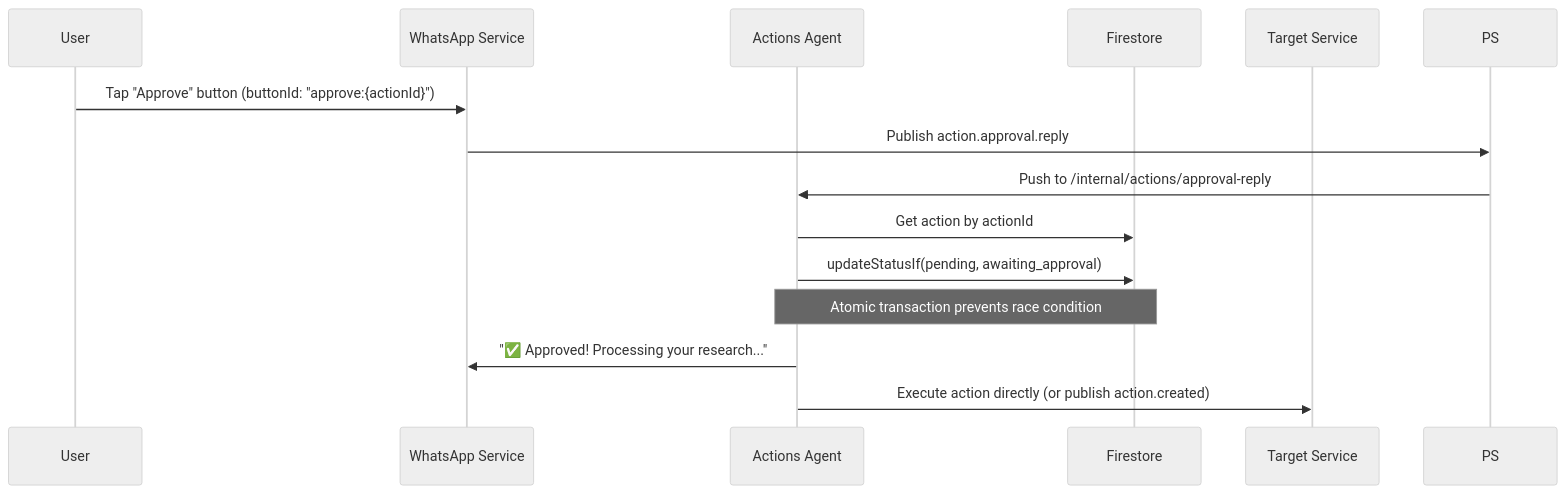
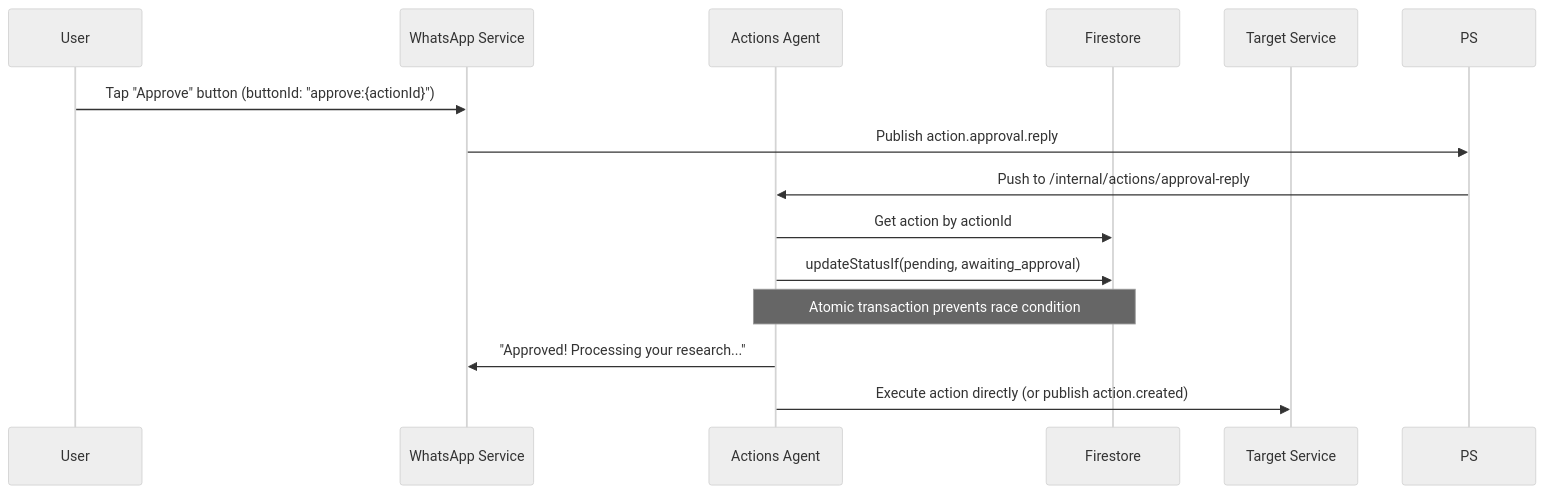
Before and after one commit to pbuchman/intexuraos: the third of 3 diagrams in docs/services/actions-agent/technical.md, drawn with Mermaid (neutral theme). The commit also changed other lines of this file and 102 other files, not shown here.

````diff
--- a/docs/services/actions-agent/technical.md
+++ b/docs/services/actions-agent/technical.md
@@ -99,17 +98,17 @@
 ```mermaid
 sequenceDiagram
     participant User
     participant WA as WhatsApp Service
     participant AA as Actions Agent
     participant FS as Firestore
     participant Target as Target Service
 
     User->>WA: Tap "Approve" button (buttonId: "approve:{actionId}")
     WA->>PS: Publish action.approval.reply
     PS->>AA: Push to /internal/actions/approval-reply
     AA->>FS: Get action by actionId
     AA->>FS: updateStatusIf(pending, awaiting_approval)
     Note over AA,FS: Atomic transaction prevents race condition
-    AA->>WA: "✅ Approved! Processing your research..."
+    AA->>WA: "Approved! Processing your research..."
     AA->>Target: Execute action directly (or publish action.created)
 ```
````
